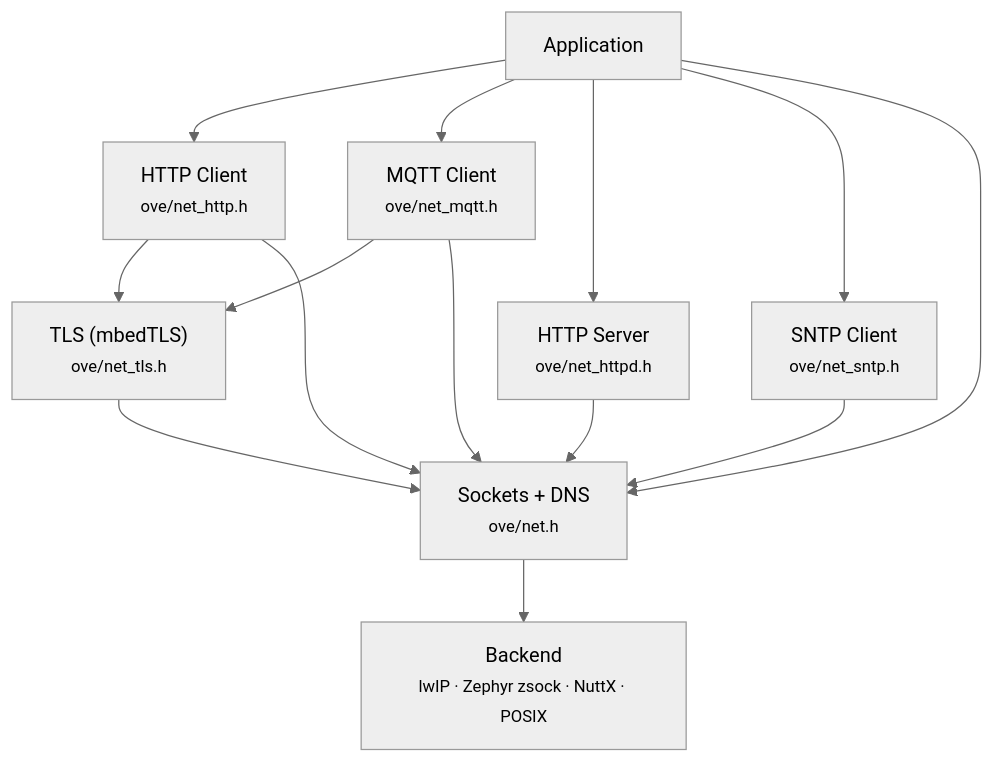
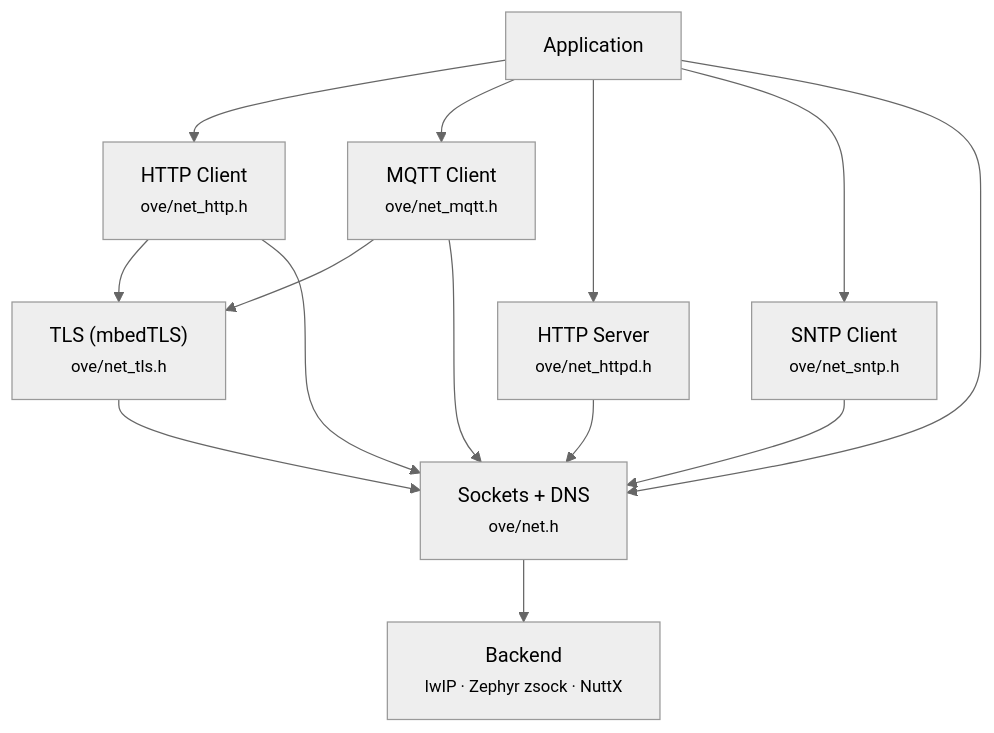
The first of 2 diagrams in docs-site/docs/api/net.md (Varcain/oveRTOS), drawn with Mermaid (neutral theme) before and after one commit. The commit also changed other lines of this file and 65 other files, not shown here.

````diff
--- a/docs-site/docs/api/net.md
+++ b/docs-site/docs/api/net.md
@@ -32,25 +32,25 @@
 ```mermaid
 graph TD
     APP["Application"]
     HTTP["HTTP Client<br/><small>ove/net_http.h</small>"]
     MQTT["MQTT Client<br/><small>ove/net_mqtt.h</small>"]
     HTTPD["HTTP Server<br/><small>ove/net_httpd.h</small>"]
     SNTP["SNTP Client<br/><small>ove/net_sntp.h</small>"]
     TLS["TLS (mbedTLS)<br/><small>ove/net_tls.h</small>"]
     SOCK["Sockets + DNS<br/><small>ove/net.h</small>"]
-    BACK["Backend<br/><small>lwIP · Zephyr zsock · NuttX · POSIX</small>"]
+    BACK["Backend<br/><small>lwIP · Zephyr zsock · NuttX</small>"]
 
     APP --> HTTP
     APP --> MQTT
     APP --> HTTPD
     APP --> SNTP
     APP --> SOCK
     HTTP --> TLS
     MQTT --> TLS
     HTTP --> SOCK
     MQTT --> SOCK
     HTTPD --> SOCK
     SNTP --> SOCK
     TLS --> SOCK
     SOCK --> BACK
 ```
````
